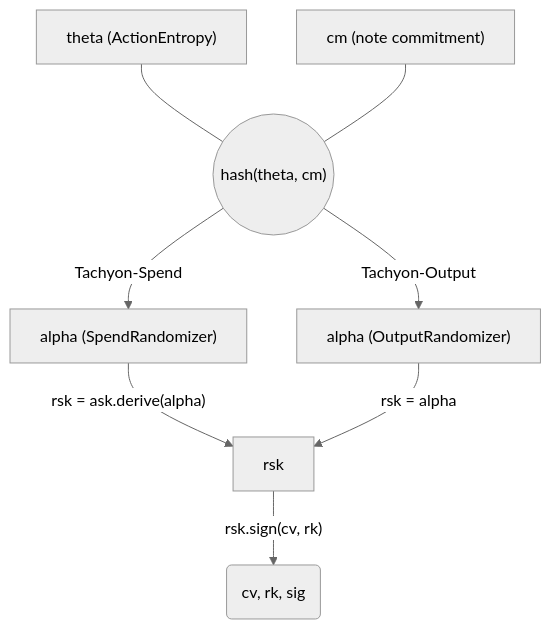
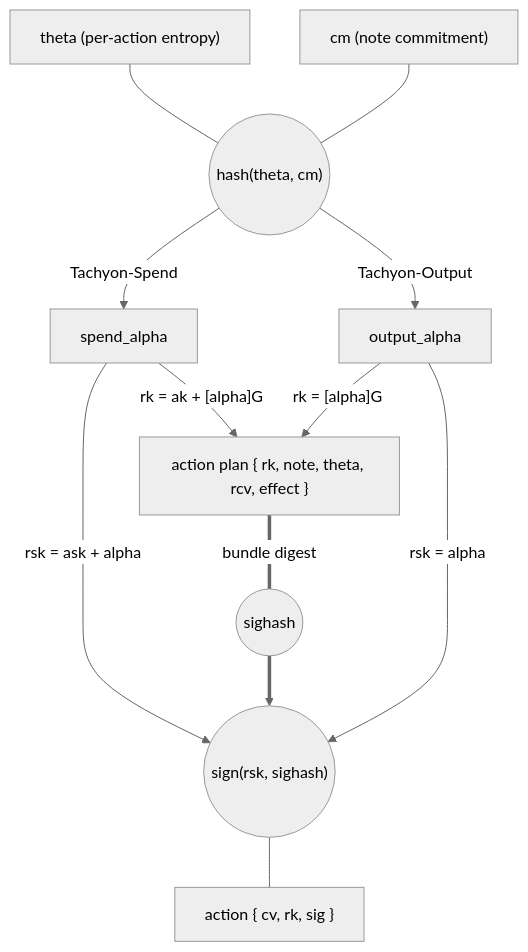
One commit to turbocrime/tachyon changed the first of 3 diagrams in book/src/authorization.md. Above: the diagram before and after it, drawn with Mermaid (neutral theme). The commit also changed other lines of this file and 16 other files, not shown here.

````diff
--- a/book/src/authorization.md
+++ b/book/src/authorization.md
@@ -11,18 +12,24 @@
 ```mermaid
 flowchart TB
-    theta["theta (ActionEntropy)"]
+    theta["theta (per-action entropy)"]
     cm["cm (note commitment)"]
     hash(("hash(theta, cm)"))
 
-    theta & cm --- hash 
-    
-    hash -->|"Tachyon-Spend"| spend_alpha 
+    theta & cm --- hash
+
+    hash -->|"Tachyon-Spend"| spend_alpha
     hash -->|"Tachyon-Output"| output_alpha
 
-    spend_alpha["alpha (SpendRandomizer)"]
-    output_alpha["alpha (OutputRandomizer)"]
+    spend_alpha -->|"rk = ak + [alpha]G"| plan
+    output_alpha -->|"rk = [alpha]G"| plan
 
-    spend_alpha -->|"rsk = ask.derive(alpha)"| rsk
+    plan["action plan { rk, note, theta, rcv, effect }"]
+    plan ===|"bundle digest"| sighash((sighash))
 
-    output_alpha -->|"rsk = alpha"| rsk -->|"rsk.sign(cv, rk)"| action(cv, rk, sig)
+    spend_alpha -->|"rsk = ask + alpha"| sign
+    sighash ==> sign
+    output_alpha -->|"rsk = alpha"| sign
+
+    sign(("sign(rsk, sighash)"))
+    sign --- action["action { cv, rk, sig }"]
 ```
````
